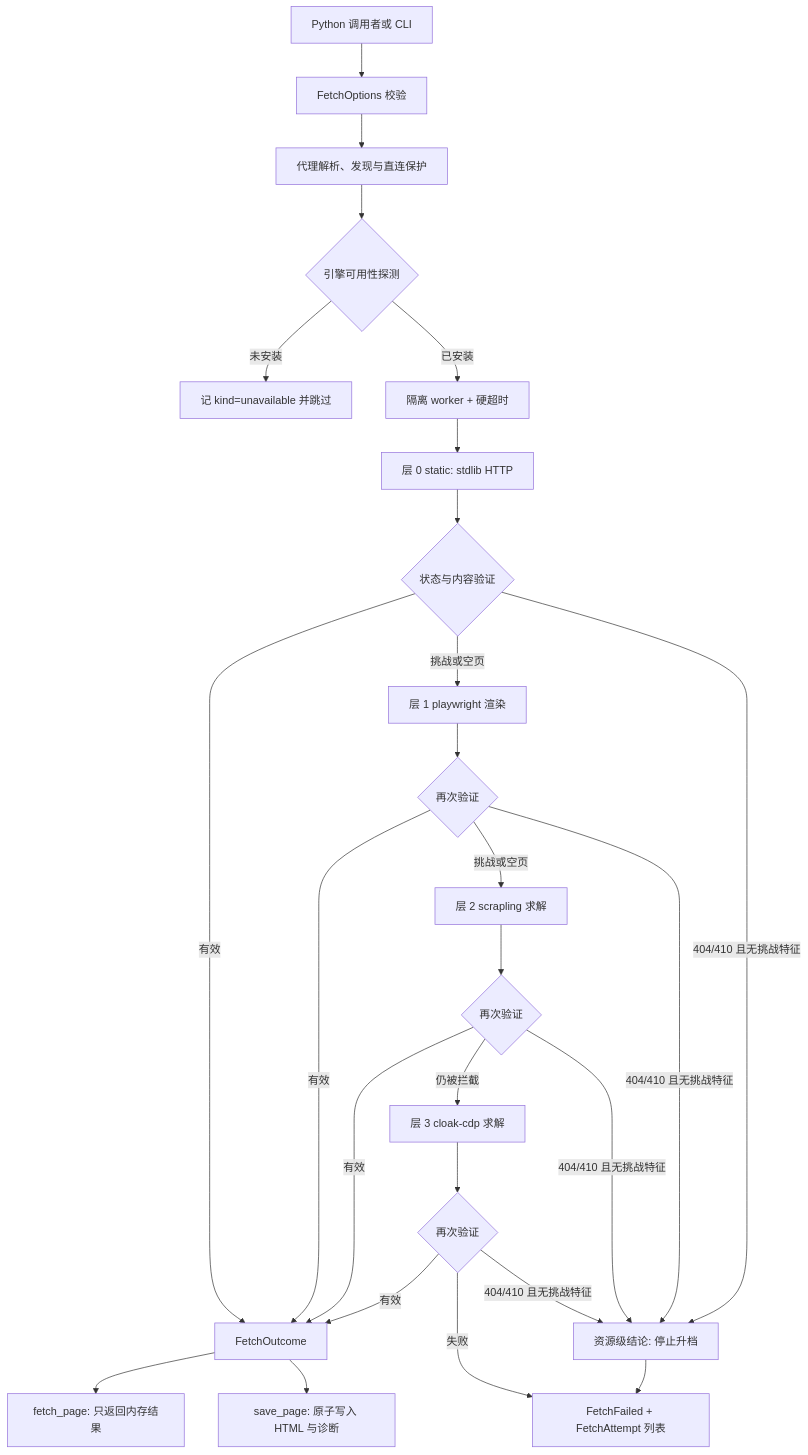
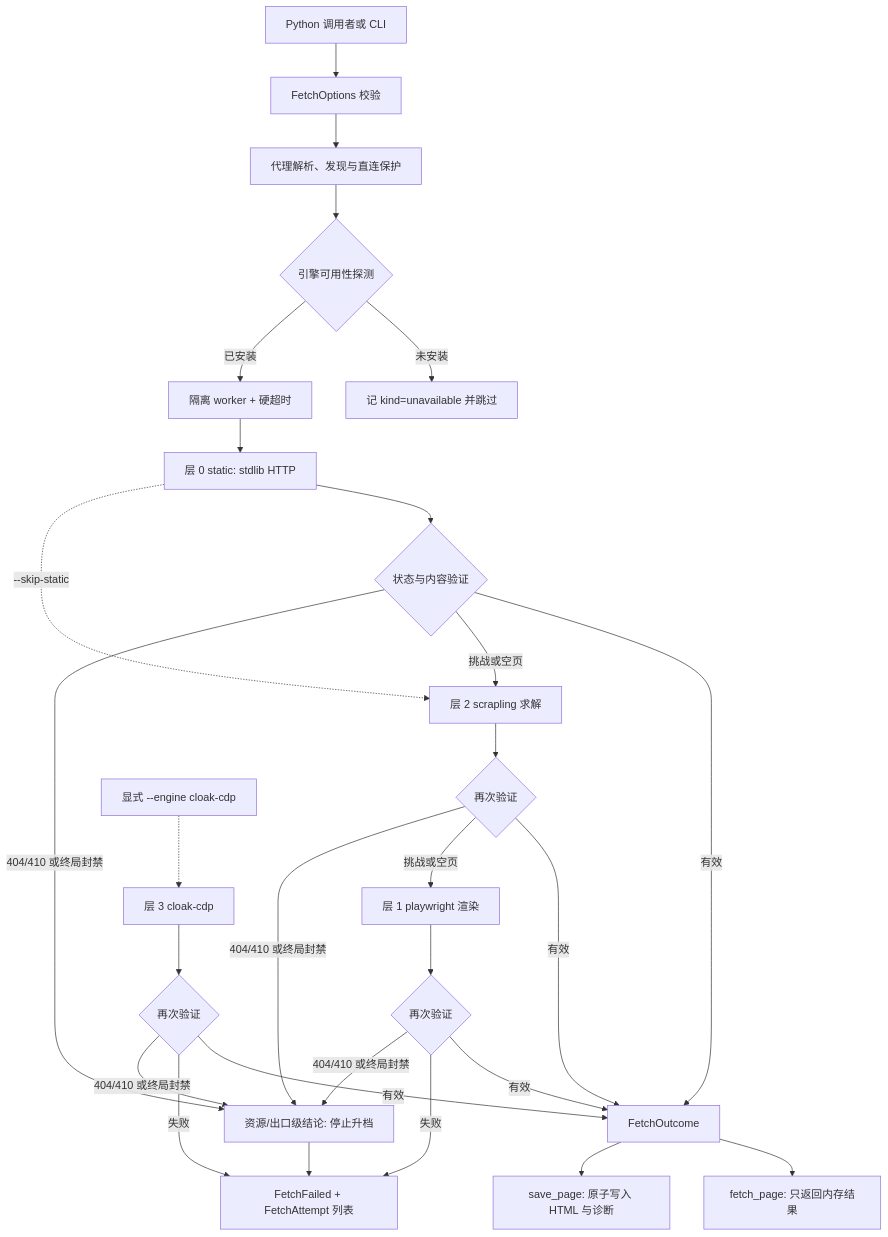
One commit to xuchaoxin1375/skills-for-developer changed the diagram in skills/resilient-browser-fetch/references/module-api.md. Above: the diagram before and after it, drawn with Mermaid. The commit also changed other lines of this file and 16 other files, not shown here.

First line of the commit message:
fix(htmlmini,resilient-browser-fetch): 终局封禁停止升档并降级 cloak-cdp 默认

````diff
--- a/skills/resilient-browser-fetch/references/module-api.md
+++ b/skills/resilient-browser-fetch/references/module-api.md
@@ -27,25 +27,27 @@
 ```mermaid
 flowchart TD
     Caller[Python 调用者或 CLI] --> Options[FetchOptions 校验]
     Options --> Proxy[代理解析、发现与直连保护]
     Proxy --> Available{引擎可用性探测}
     Available -->|未安装| Unavailable[记 kind=unavailable 并跳过]
     Available -->|已安装| Worker[隔离 worker + 硬超时]
     Worker --> Static[层 0 static: stdlib HTTP]
     Static --> Validate{状态与内容验证}
     Validate -->|有效| Outcome[FetchOutcome]
-    Validate -->|挑战或空页| Playwright[层 1 playwright 渲染]
-    Playwright --> Validate2{再次验证}
+    Validate -->|挑战或空页| Scrapling[层 2 scrapling 求解]
+    Scrapling --> Validate2{再次验证}
     Validate2 -->|有效| Outcome
-    Validate2 -->|挑战或空页| Scrapling[层 2 scrapling 求解]
-    Scrapling --> Validate3{再次验证}
+    Validate2 -->|挑战或空页| Playwright[层 1 playwright 渲染]
+    Playwright --> Validate3{再次验证}
     Validate3 -->|有效| Outcome
-    Validate3 -->|仍被拦截| Cloak[层 3 cloak-cdp 求解]
+    Validate3 -->|失败| Failed[FetchFailed + FetchAttempt 列表]
+    Static -.->|--skip-static| Scrapling
+    Explicit[显式 --engine cloak-cdp] -.-> Cloak[层 3 cloak-cdp]
     Cloak --> Validate4{再次验证}
     Validate4 -->|有效| Outcome
-    Validate4 -->|失败| Failed[FetchFailed + FetchAttempt 列表]
-    Validate & Validate2 & Validate3 & Validate4 -->|"404/410 且无挑战特征"| Stopped["资源级结论: 停止升档"]
+    Validate4 -->|失败| Failed
+    Validate & Validate2 & Validate3 & Validate4 -->|"404/410 或终局封禁"| Stopped["资源/出口级结论: 停止升档"]
     Stopped --> Failed
     Outcome --> Pure[fetch_page: 只返回内存结果]
     Outcome --> Files[save_page: 原子写入 HTML 与诊断]
 ```
````
